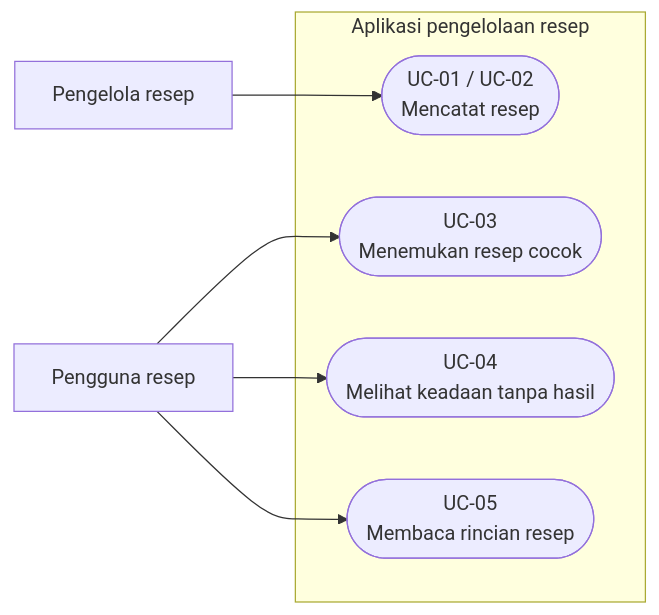
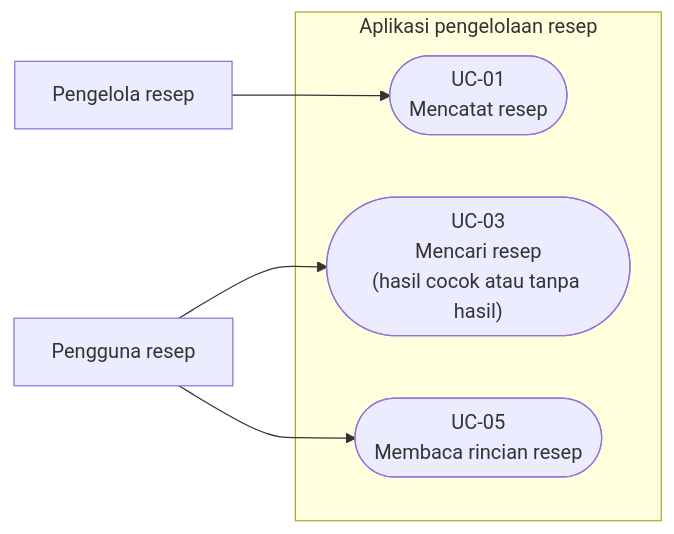
One commit to ricmania/rpl-resep-daerah changed the diagram in docs/uml/use-case.mmd. Above: the diagram before and after it, drawn with Mermaid. The commit also changed 6 other files, not shown here.

```diff
--- a/docs/uml/use-case.mmd
+++ b/docs/uml/use-case.mmd
@@ -1,15 +1,13 @@
 flowchart LR
     Pengelola["Pengelola resep"]
     Pengguna["Pengguna resep"]
 
     subgraph Aplikasi["Aplikasi pengelolaan resep"]
-        UC01(["UC-01 / UC-02<br/>Mencatat resep"])
-        UC03(["UC-03<br/>Menemukan resep cocok"])
-        UC04(["UC-04<br/>Melihat keadaan tanpa hasil"])
+        UC01(["UC-01<br/>Mencatat resep"])
+        UC03(["UC-03<br/>Mencari resep<br/>(hasil cocok atau tanpa hasil)"])
         UC05(["UC-05<br/>Membaca rincian resep"])
     end
 
     Pengelola --> UC01
     Pengguna --> UC03
-    Pengguna --> UC04
     Pengguna --> UC05
```
